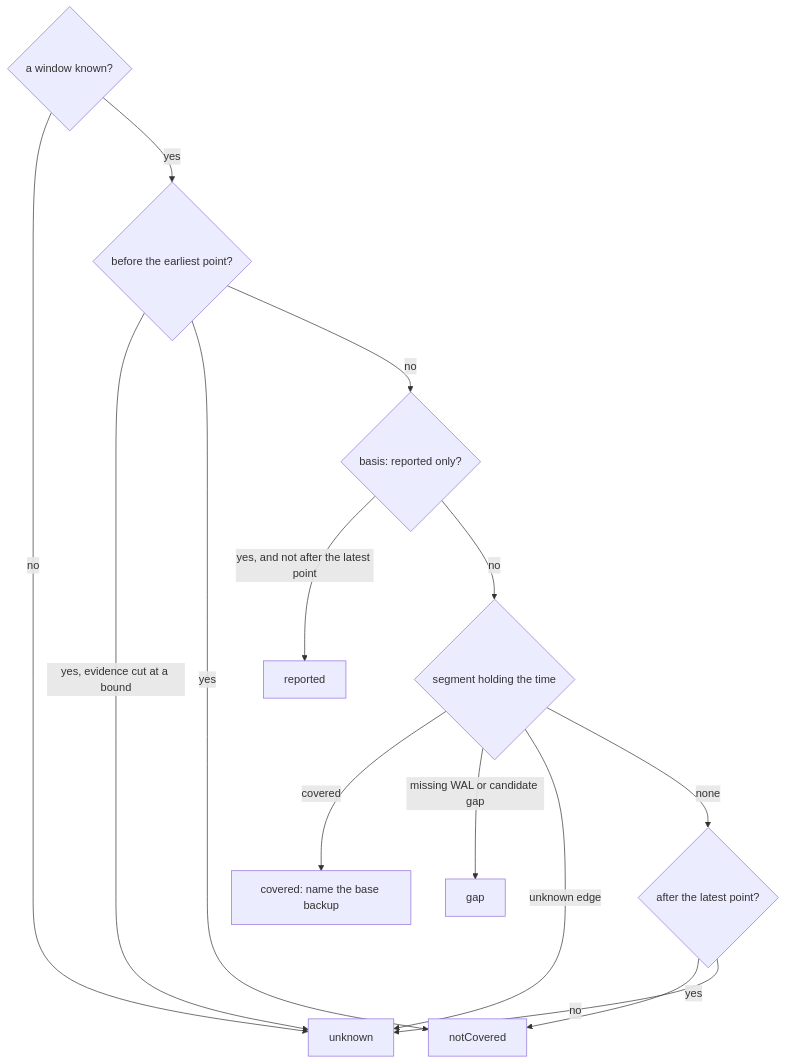
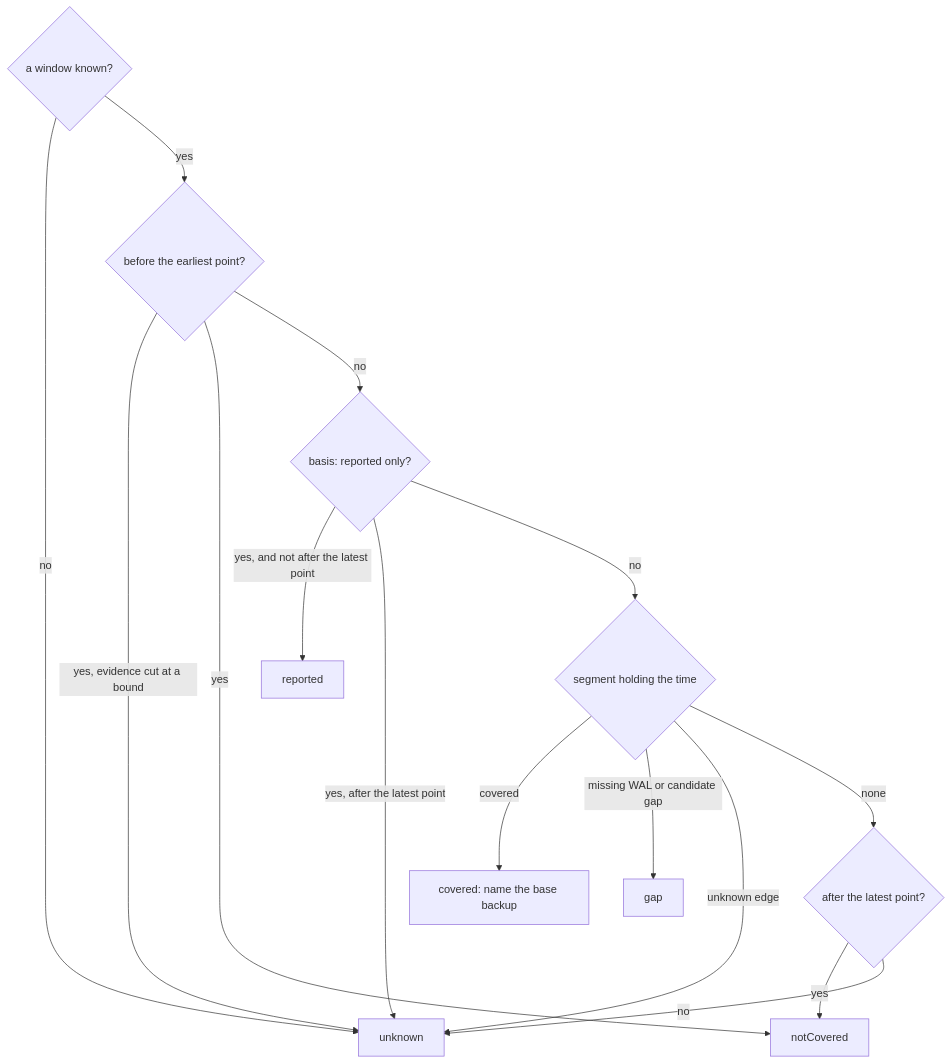
Before and after one commit to fyannk/pgToolBox: the third of 3 diagrams in docs/site/docs/console/forecasts-and-recovery.md, drawn with Mermaid. The commit also changed other lines of this file and 112 other files, not shown here.

````diff
--- a/docs/site/docs/console/forecasts-and-recovery.md
+++ b/docs/site/docs/console/forecasts-and-recovery.md
@@ -222,16 +231,17 @@
 ```mermaid
 flowchart TB
   window{"a window known?"} -->|no| unknown["unknown"]
   window -->|yes| before{"before the earliest point?"}
   before -->|"yes, evidence cut at a bound"| unknown
   before -->|yes| notcovered["notCovered"]
   before -->|no| basis{"basis: reported only?"}
   basis -->|"yes, and not after the latest point"| reported["reported"]
+  basis -->|"yes, after the latest point"| unknown
   basis -->|no| segment{"segment holding the time"}
   segment -->|covered| covered["covered: name the base backup"]
   segment -->|"missing WAL or candidate gap"| gap["gap"]
   segment -->|"unknown edge"| unknown
   segment -->|none| after{"after the latest point?"}
   after -->|yes| notcovered
   after -->|no| unknown
 ```
````
